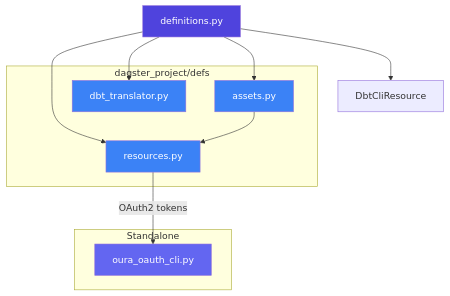
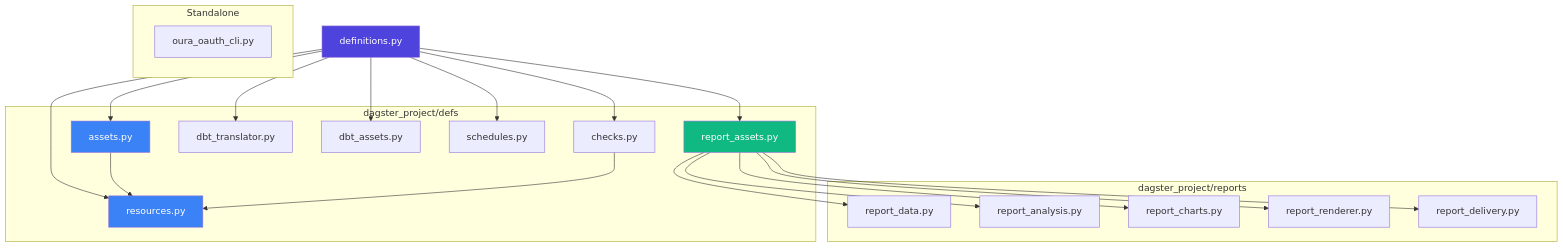
Before and after one commit to cdcoonce/Oura-Pipeline: the third of 4 diagrams in README.md, drawn with Mermaid. The commit also changed other lines of this file, not shown here.

````diff
--- a/README.md
+++ b/README.md
@@ -103,27 +115,45 @@
 ```mermaid
 graph TD
     DEF[definitions.py] --> ASSETS[assets.py]
     DEF --> RES[resources.py]
+    DEF --> CHK[checks.py]
     DEF --> TRANS[dbt_translator.py]
-    DEF --> DBT_CLI[DbtCliResource]
+    DEF --> DBT[dbt_assets.py]
+    DEF --> SCHED[schedules.py]
+    DEF --> RPT_A[report_assets.py]
 
     ASSETS --> RES
-
-    RES -->|OAuth2 tokens| OAUTH[oura_oauth_cli.py]
+    CHK --> RES
+    RPT_A --> RPT_D[report_data.py]
+    RPT_A --> RPT_AN[report_analysis.py]
+    RPT_A --> RPT_C[report_charts.py]
+    RPT_A --> RPT_R[report_renderer.py]
+    RPT_A --> RPT_DL[report_delivery.py]
 
     subgraph dagster_project/defs
         ASSETS
         RES
+        CHK
         TRANS
+        DBT
+        SCHED
+        RPT_A
+    end
+
+    subgraph dagster_project/reports
+        RPT_D
+        RPT_AN
+        RPT_C
+        RPT_R
+        RPT_DL
     end
 
     subgraph Standalone
-        OAUTH
+        OAUTH[oura_oauth_cli.py]
     end
 
     style DEF fill:#4F43DD,color:#fff
     style ASSETS fill:#3b82f6,color:#fff
     style RES fill:#3b82f6,color:#fff
-    style TRANS fill:#3b82f6,color:#fff
-    style OAUTH fill:#6366f1,color:#fff
+    style RPT_A fill:#10b981,color:#fff
 ```
````
